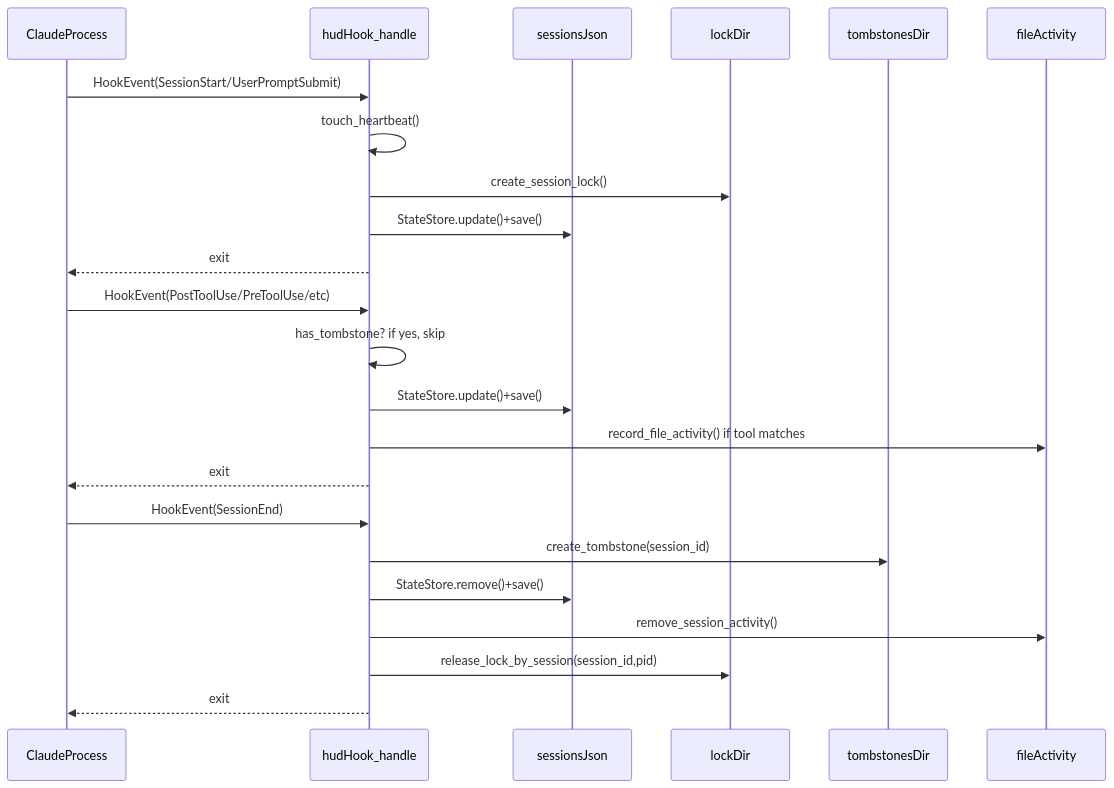
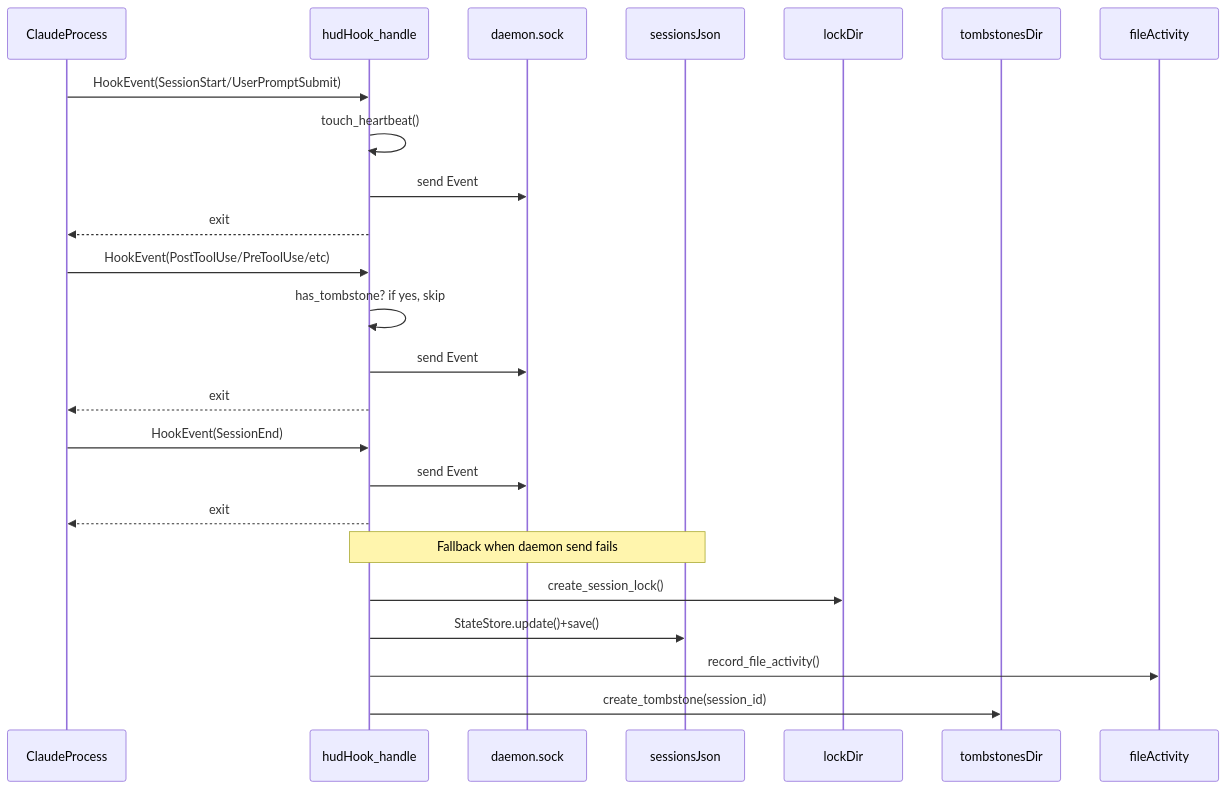
One commit to petekp/claude-hud changed the second of 6 diagrams in .claude/docs/audit/00-current-system-map.md. Above: the diagram before and after it, drawn with Mermaid. The commit also changed other lines of this file and 1 other file, not shown here.

Commit message:
Update system and side-effects maps for daemon

````diff
--- a/.claude/docs/audit/00-current-system-map.md
+++ b/.claude/docs/audit/00-current-system-map.md
@@ -78,28 +89,30 @@
 ```mermaid
 sequenceDiagram
     participant Claude as ClaudeProcess
     participant Hook as hudHook_handle
+    participant Daemon as daemon.sock
     participant Store as sessionsJson
     participant Lock as lockDir
     participant Tomb as tombstonesDir
     participant Act as fileActivity
 
     Claude->>Hook: HookEvent(SessionStart/UserPromptSubmit)
     Hook->>Hook: touch_heartbeat()
-    Hook->>Lock: create_session_lock()
-    Hook->>Store: StateStore.update()+save()
+    Hook->>Daemon: send Event
     Hook-->>Claude: exit
 
     Claude->>Hook: HookEvent(PostToolUse/PreToolUse/etc)
     Hook->>Hook: has_tombstone? if yes, skip
-    Hook->>Store: StateStore.update()+save()
-    Hook->>Act: record_file_activity() if tool matches
+    Hook->>Daemon: send Event
     Hook-->>Claude: exit
 
     Claude->>Hook: HookEvent(SessionEnd)
+    Hook->>Daemon: send Event
+    Hook-->>Claude: exit
+
+    Note over Hook,Store: Fallback when daemon send fails
+    Hook->>Lock: create_session_lock()
+    Hook->>Store: StateStore.update()+save()
+    Hook->>Act: record_file_activity()
     Hook->>Tomb: create_tombstone(session_id)
-    Hook->>Store: StateStore.remove()+save()
-    Hook->>Act: remove_session_activity()
-    Hook->>Lock: release_lock_by_session(session_id,pid)
-    Hook-->>Claude: exit
 ```
````
